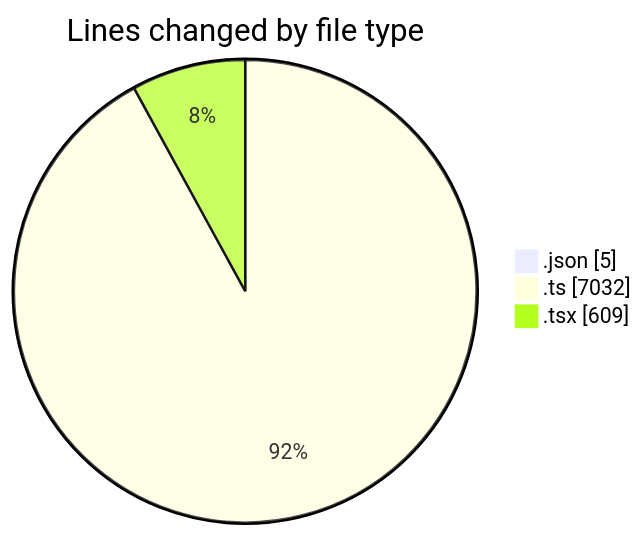
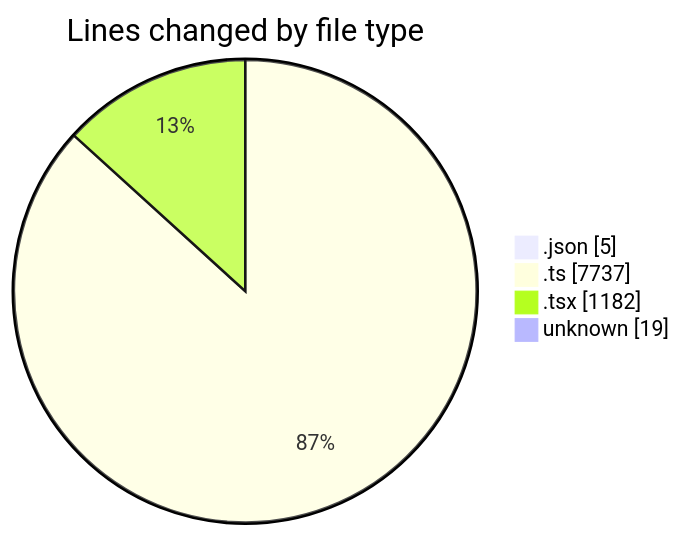
Before and after one commit to CELIANVF/code-tracking: the first of 2 diagrams in 2025-05-09/ecodeli/README.md, drawn with Mermaid. The commit also changed other lines of this file and 1 other file, not shown here.

````diff
--- a/2025-05-09/ecodeli/README.md
+++ b/2025-05-09/ecodeli/README.md
@@ -29,7 +30,8 @@
 ```mermaid
 pie showData
 title Lines changed by file type
 ".json" : 5
-".ts" : 7032
-".tsx" : 609
+".ts" : 7737
+".tsx" : 1182
+"unknown" : 19
 ```
````
